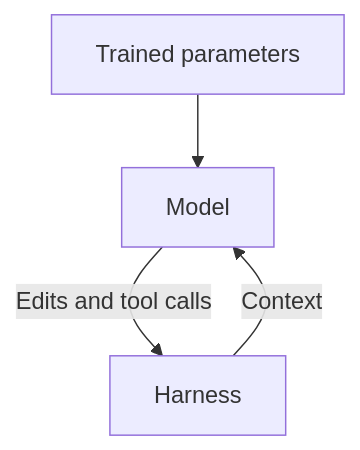
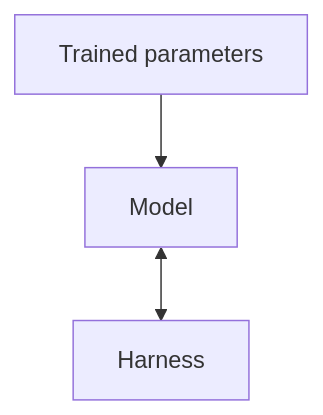
Before and after one commit to speedscale/mock-lab: the first of 4 diagrams in AI-CONTEXT.md, drawn with Mermaid. The commit also changed other lines of this file, not shown here.

Commit message:
docs: simplify model and harness diagrams

````diff
--- a/AI-CONTEXT.md
+++ b/AI-CONTEXT.md
@@ -7,6 +7,5 @@
 ```mermaid
 flowchart TB
     W["Trained parameters"] --> M["Model"]
-    H["Harness"] -->|Context| M
-    M -->|Edits and tool calls| H
+    M <--> H["Harness"]
 ```
````
